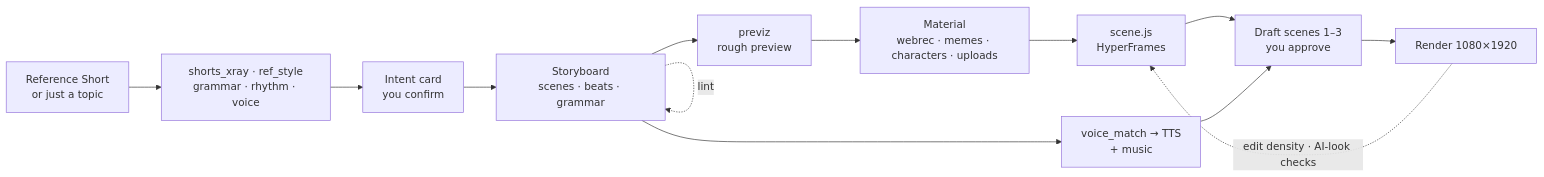
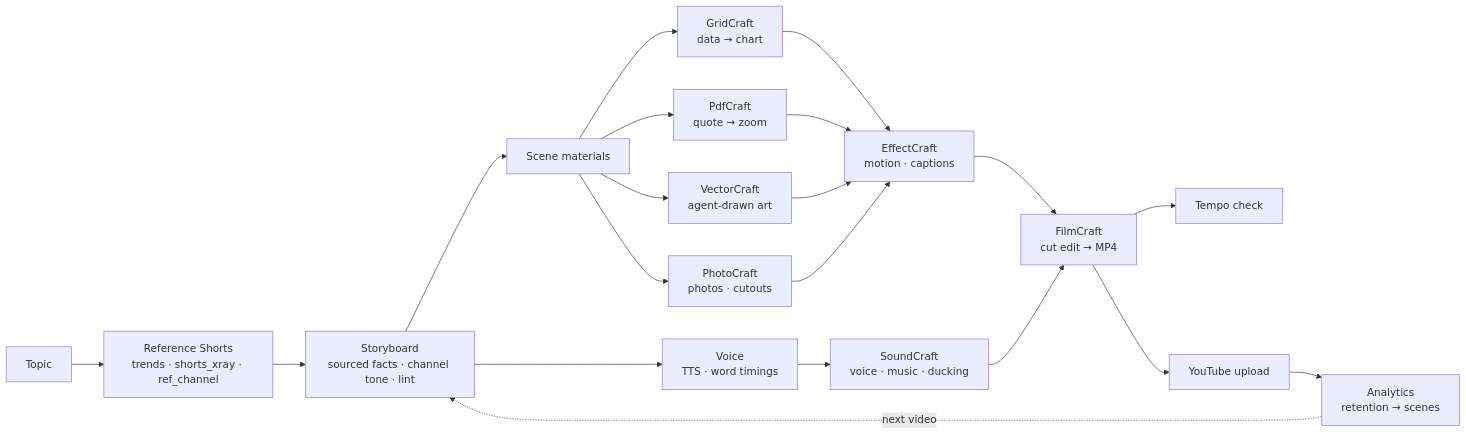
One commit to meowassassin/fluma changed the diagram in README.md. Above: the diagram before and after it, drawn with Mermaid. The commit also changed other lines of this file and 1 other file, not shown here.

Commit message:
docs: README for the Craft pipeline, IDE editor and YouTube loop

````diff
--- a/README.md
+++ b/README.md
@@ -57,14 +49,18 @@
 ```mermaid
 flowchart LR
-  A[Reference Short<br/>or just a topic] --> B[shorts_xray · ref_style<br/>grammar · rhythm · voice]
-  B --> C[Intent card<br/>you confirm]
-  C --> D[Storyboard<br/>scenes · beats · grammar]
-  D --> E[previz<br/>rough preview]
-  E --> F[Material<br/>webrec · memes · characters · uploads]
-  F --> G[scene.js<br/>HyperFrames]
-  D --> H[voice_match → TTS<br/>+ music]
-  G & H --> I[Draft scenes 1–3<br/>you approve]
-  I --> J[Render 1080×1920]
-  D -. lint .-> D
-  J -. edit density · AI-look checks .-> G
+  A[Topic] --> R[Reference Shorts<br/>trends · shorts_xray · ref_channel]
+  R --> S[Storyboard<br/>sourced facts · channel tone · lint]
+  S --> V[Voice<br/>TTS · word timings]
+  S --> M[Scene materials]
+  M --> G[GridCraft<br/>data → chart]
+  M --> P[PdfCraft<br/>quote → zoom]
+  M --> VC[VectorCraft<br/>agent-drawn art]
+  M --> PH[PhotoCraft<br/>photos · cutouts]
+  G & P & VC & PH --> E[EffectCraft<br/>motion · captions]
+  V --> SC[SoundCraft<br/>voice · music · ducking]
+  E & SC --> F[FilmCraft<br/>cut edit → MP4]
+  F --> T[Tempo check]
+  F --> Y[YouTube upload]
+  Y --> A2[Analytics<br/>retention → scenes]
+  A2 -. next video .-> S
 ```
````
